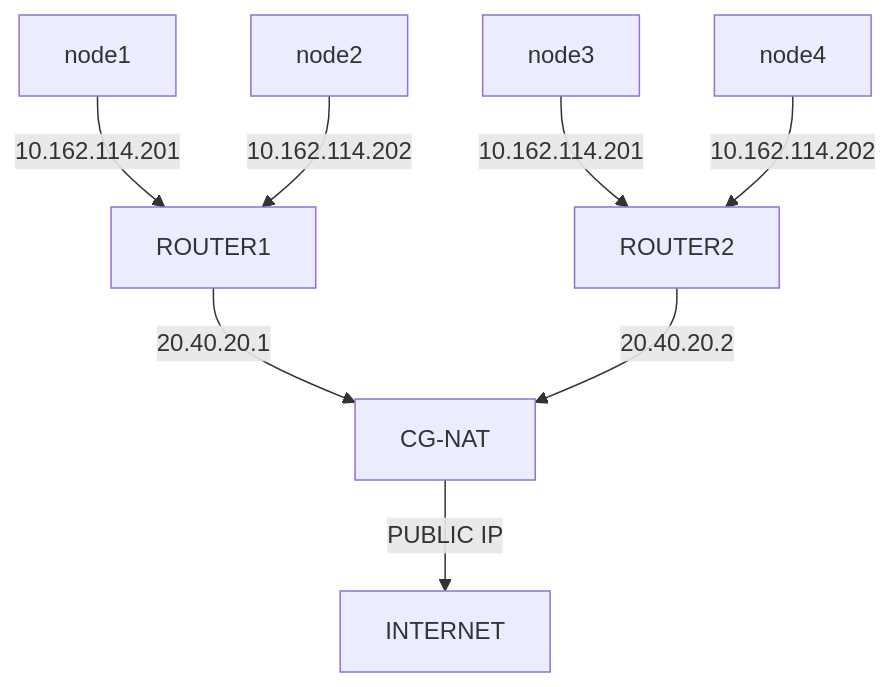
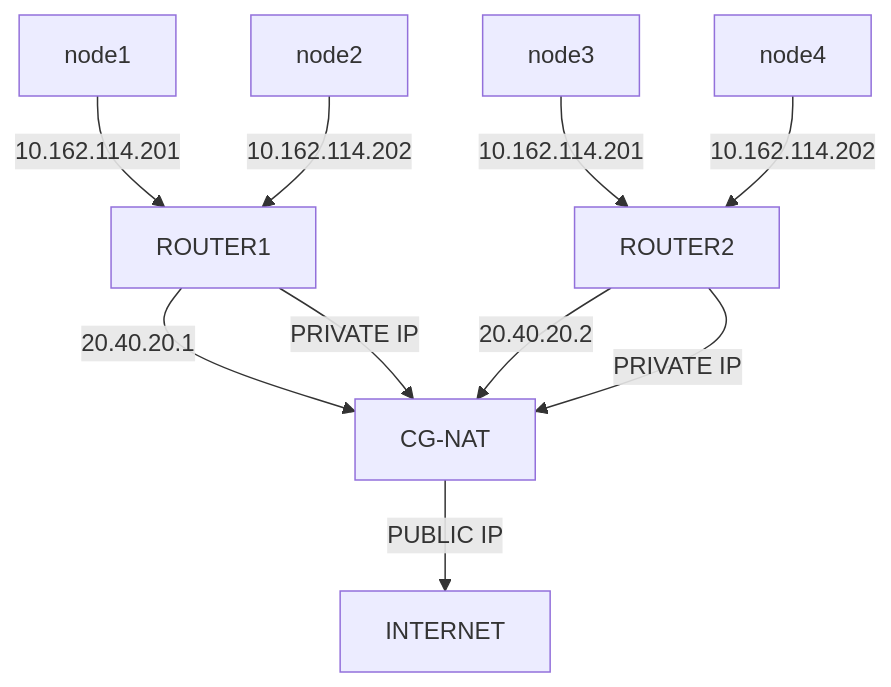
One commit to Afix-MAB/RBridge changed the diagram in esborrany.md. Above: the diagram before and after it, drawn with Mermaid.

Commit message:
TESTING GRAPH

````diff
--- a/esborrany.md
+++ b/esborrany.md
@@ -7,10 +7,12 @@
 ```mermaid
 graph TD;
     node1-->|10.162.114.201|ROUTER1;
     node2-->|10.162.114.202|ROUTER1;
     node3-->|10.162.114.201|ROUTER2;
     node4-->|10.162.114.202|ROUTER2;
     ROUTER1-->|20.40.20.1|CG-NAT;
     ROUTER2-->|20.40.20.2|CG-NAT;
+    ROUTER1-->|PRIVATE IP|CG-NAT;
+    ROUTER2-->|PRIVATE IP|CG-NAT;
     CG-NAT-->|PUBLIC IP|INTERNET;
 ```
````
